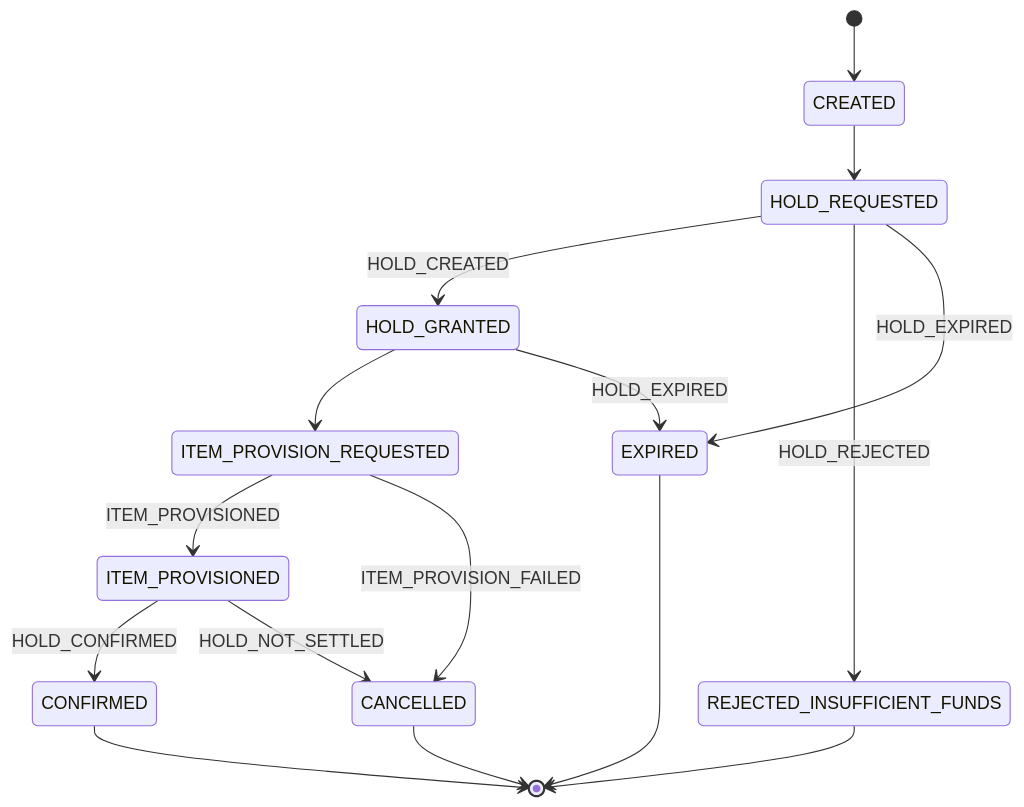
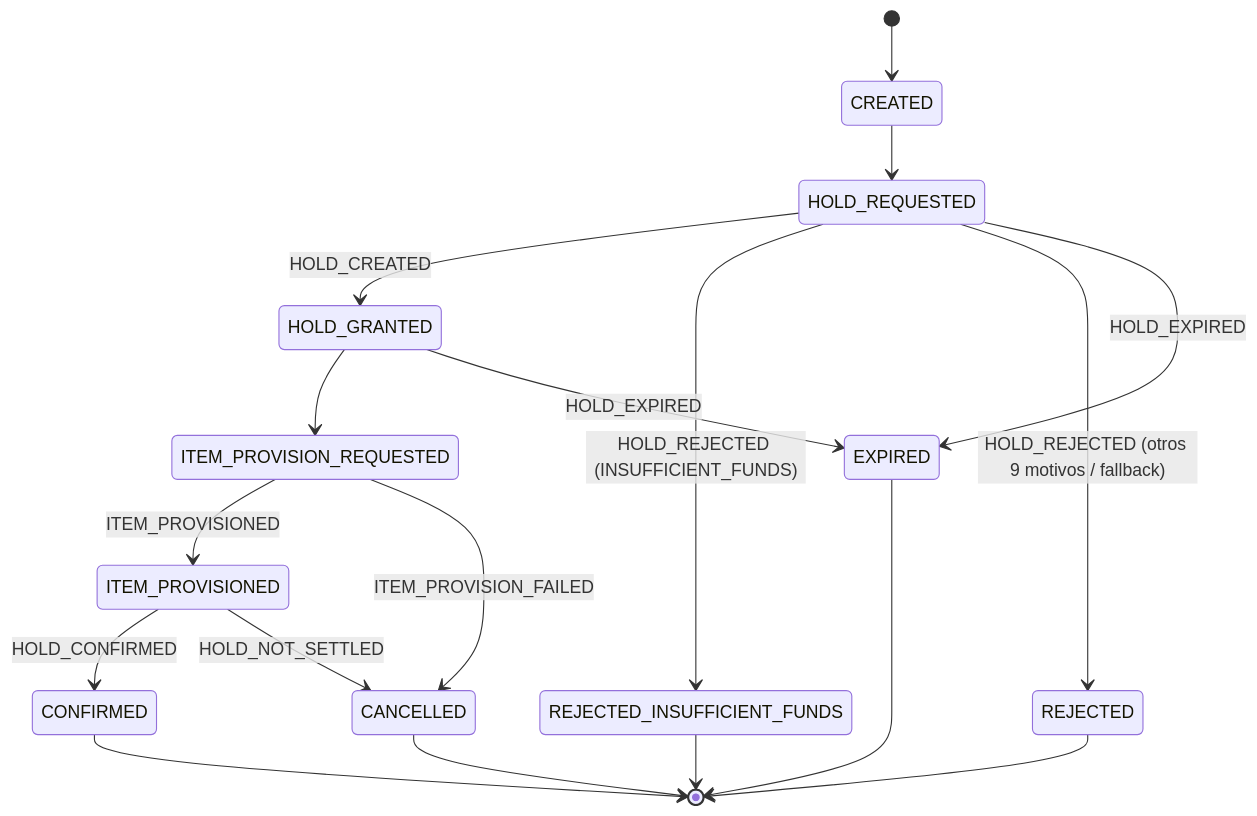
The diagram in 02 - Areas/Dominio Mercado/Orden de compra.md (ValentinoMellia/tpi-market-vault), drawn with Mermaid before and after one commit. The commit also changed other lines of this file and 9 other files, not shown here.

````diff
--- a/02 - Areas/Dominio Mercado/Orden de compra.md
+++ b/02 - Areas/Dominio Mercado/Orden de compra.md
@@ -31,18 +32,20 @@
 ```mermaid
 stateDiagram-v2
     [*] --> CREATED
     CREATED --> HOLD_REQUESTED
     HOLD_REQUESTED --> HOLD_GRANTED : HOLD_CREATED
-    HOLD_REQUESTED --> REJECTED_INSUFFICIENT_FUNDS : HOLD_REJECTED
+    HOLD_REQUESTED --> REJECTED_INSUFFICIENT_FUNDS : HOLD_REJECTED (INSUFFICIENT_FUNDS)
+    HOLD_REQUESTED --> REJECTED : HOLD_REJECTED (otros 9 motivos / fallback)
     HOLD_REQUESTED --> EXPIRED : HOLD_EXPIRED
     HOLD_GRANTED --> ITEM_PROVISION_REQUESTED
     HOLD_GRANTED --> EXPIRED : HOLD_EXPIRED
     ITEM_PROVISION_REQUESTED --> ITEM_PROVISIONED : ITEM_PROVISIONED
     ITEM_PROVISION_REQUESTED --> CANCELLED : ITEM_PROVISION_FAILED
     ITEM_PROVISIONED --> CONFIRMED : HOLD_CONFIRMED
     ITEM_PROVISIONED --> CANCELLED : HOLD_NOT_SETTLED
     CONFIRMED --> [*]
     REJECTED_INSUFFICIENT_FUNDS --> [*]
+    REJECTED --> [*]
     CANCELLED --> [*]
     EXPIRED --> [*]
 ```
````
